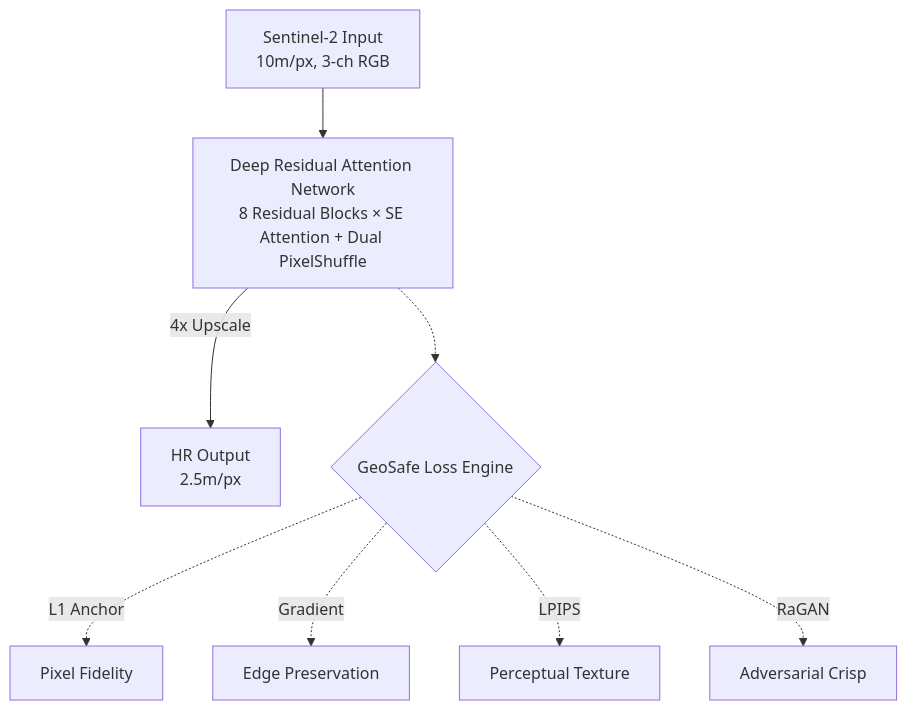
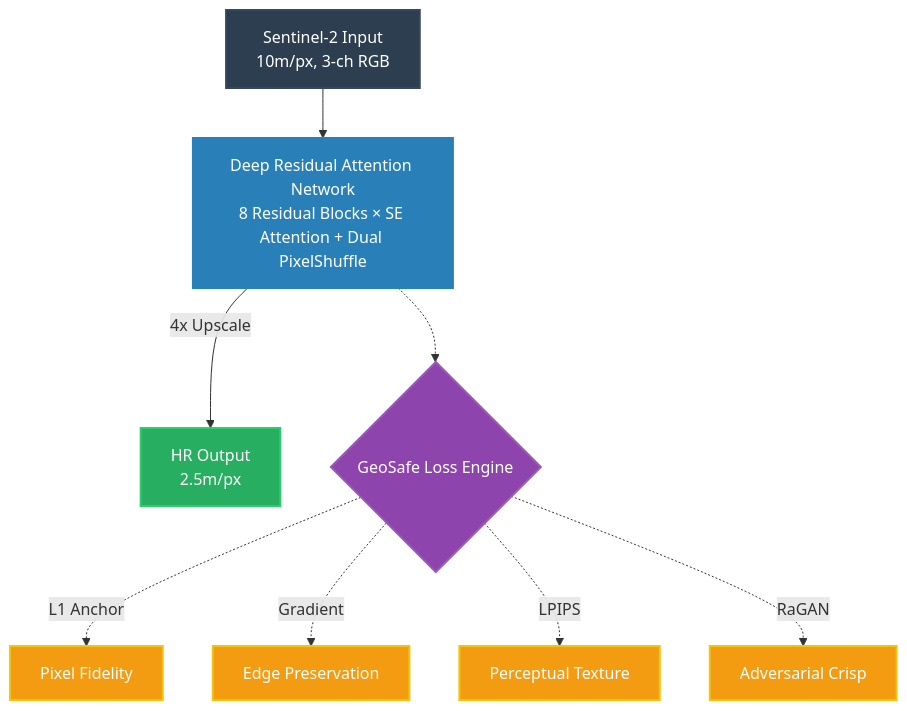
Before and after one commit to ADITYApg-123/satellite-super-resolution: the first of 2 diagrams in README.md, drawn with Mermaid. The commit also changed other lines of this file, not shown here.

Commit message:
README: Add Table of Contents, Key Features, and colorized styling for Mermaid graphs

````diff
--- a/README.md
+++ b/README.md
@@ -37,11 +61,17 @@
 ```mermaid
 graph TD
-    A[Sentinel-2 Input<br>10m/px, 3-ch RGB] --> B[Deep Residual Attention Network<br>8 Residual Blocks × SE Attention + Dual PixelShuffle]
-    B -->|4x Upscale| C[HR Output<br>2.5m/px]
+    classDef input fill:#2c3e50,stroke:#34495e,stroke-width:2px,color:#fff
+    classDef model fill:#2980b9,stroke:#2980b9,stroke-width:2px,color:#fff
+    classDef output fill:#27ae60,stroke:#2ecc71,stroke-width:2px,color:#fff
+    classDef loss fill:#8e44ad,stroke:#9b59b6,stroke-width:2px,color:#fff
+    classDef component fill:#f39c12,stroke:#f1c40f,stroke-width:2px,color:#fff
+
+    A[Sentinel-2 Input<br>10m/px, 3-ch RGB]:::input --> B[Deep Residual Attention Network<br>8 Residual Blocks × SE Attention + Dual PixelShuffle]:::model
+    B -->|4x Upscale| C[HR Output<br>2.5m/px]:::output
     
-    B -.-> D{GeoSafe Loss Engine}
-    D -.->|L1 Anchor| E[Pixel Fidelity]
-    D -.->|Gradient| F[Edge Preservation]
-    D -.->|LPIPS| G[Perceptual Texture]
-    D -.->|RaGAN| H[Adversarial Crisp]
+    B -.-> D{GeoSafe Loss Engine}:::loss
+    D -.->|L1 Anchor| E[Pixel Fidelity]:::component
+    D -.->|Gradient| F[Edge Preservation]:::component
+    D -.->|LPIPS| G[Perceptual Texture]:::component
+    D -.->|RaGAN| H[Adversarial Crisp]:::component
 ```
````
